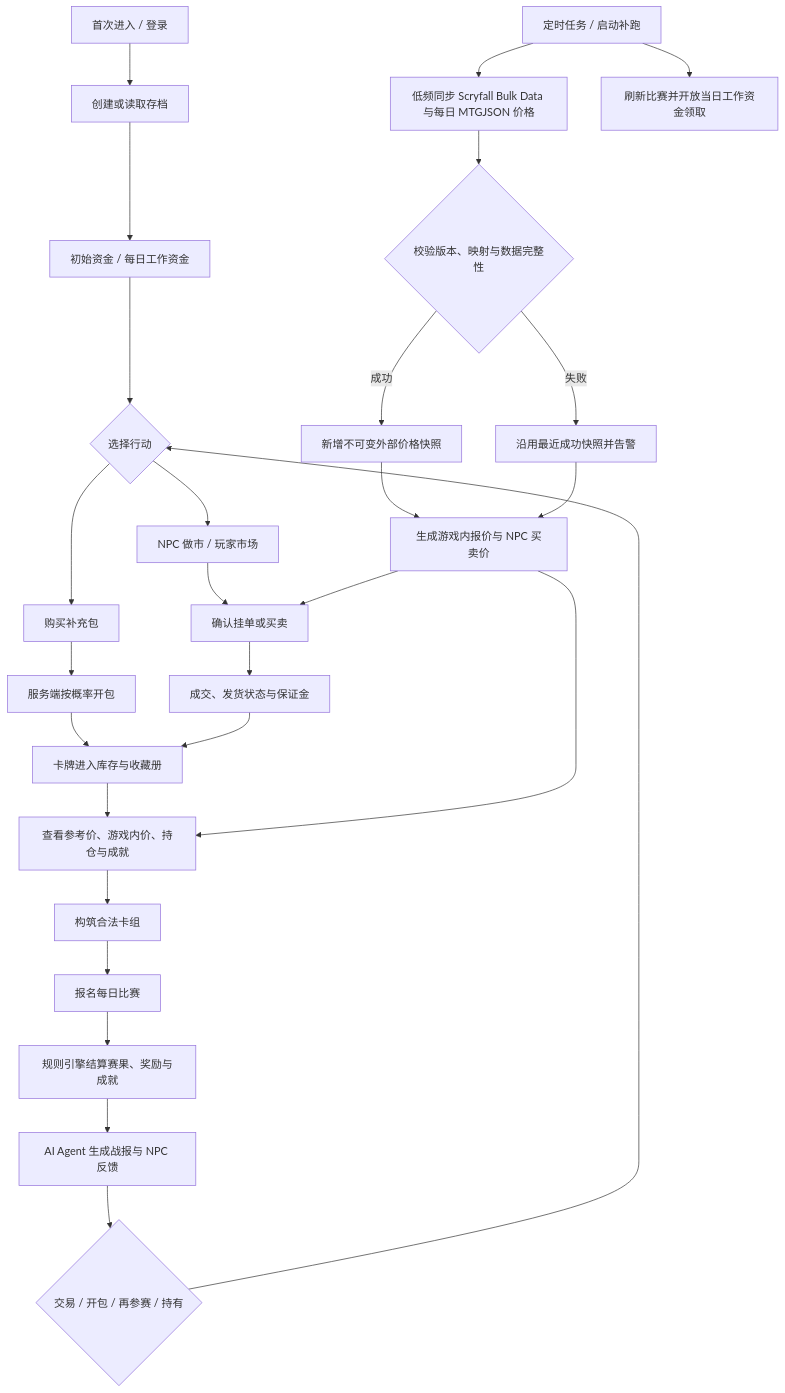
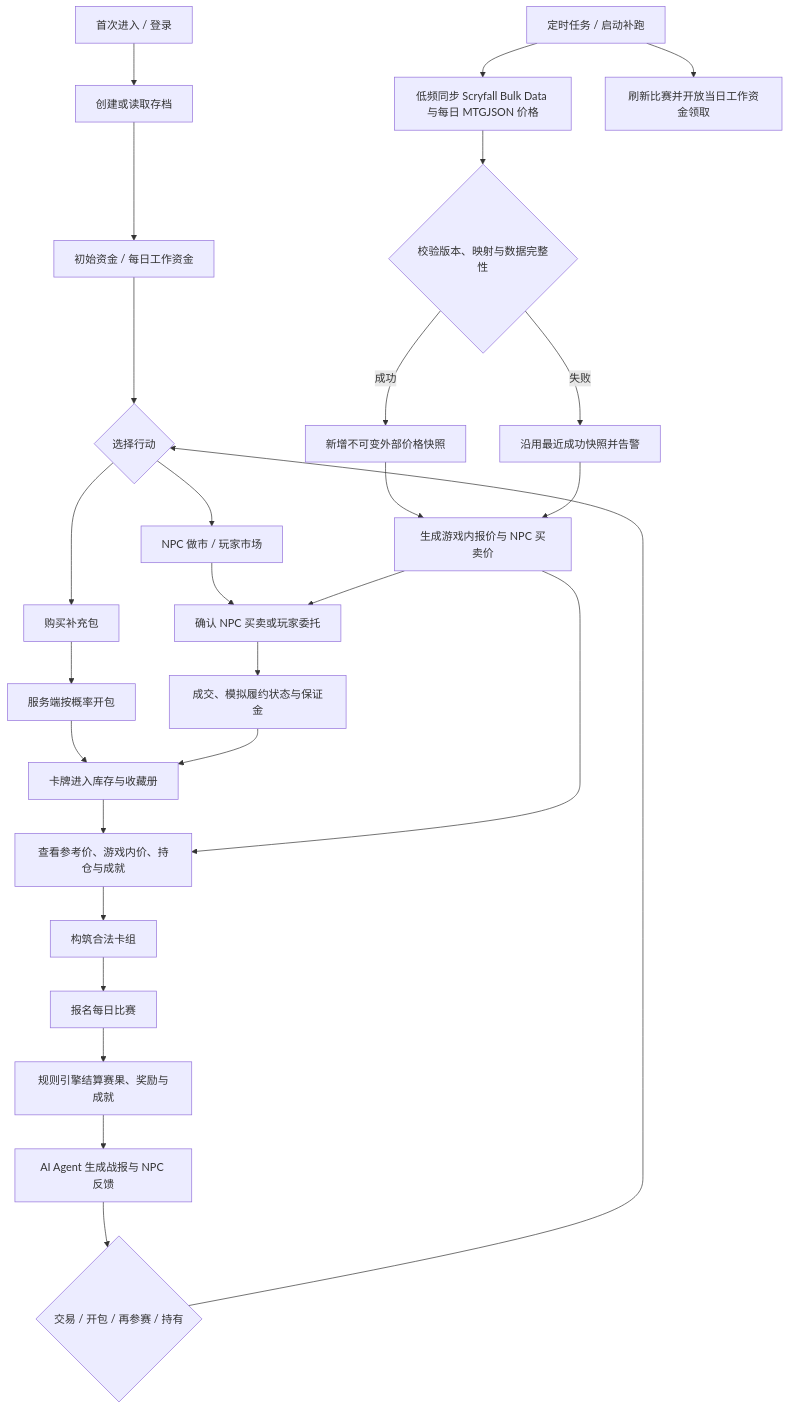
One commit to Xu-Morgen/mtgMarketSimulater changed the first of 4 diagrams in 模拟器主流程与核心验收.md. Above: the diagram before and after it, drawn with Mermaid. The commit also changed other lines of this file and 13 other files, not shown here.

````diff
--- a/模拟器主流程与核心验收.md
+++ b/模拟器主流程与核心验收.md
@@ -7,30 +7,30 @@
 ```mermaid
 flowchart TD
     A[首次进入 / 登录] --> B[创建或读取存档]
     B --> C[初始资金 / 每日工作资金]
     C --> D{选择行动}
     D --> E[购买补充包]
     D --> F[NPC 做市 / 玩家市场]
     E --> G[服务端按概率开包]
     G --> H[卡牌进入库存与收藏册]
-    F --> I[确认挂单或买卖]
-    I --> J[成交、发货状态与保证金]
+    F --> I[确认 NPC 买卖或玩家委托]
+    I --> J[成交、模拟履约状态与保证金]
     J --> H
     H --> K[查看参考价、游戏内价、持仓与成就]
     K --> L[构筑合法卡组]
     L --> M[报名每日比赛]
     M --> N[规则引擎结算赛果、奖励与成就]
     N --> O[AI Agent 生成战报与 NPC 反馈]
     O --> P{交易 / 开包 / 再参赛 / 持有}
     P --> D
 
     Q[定时任务 / 启动补跑] --> R[低频同步 Scryfall Bulk Data 与每日 MTGJSON 价格]
     R --> S{校验版本、映射与数据完整性}
     S -- 成功 --> T[新增不可变外部价格快照]
     S -- 失败 --> U[沿用最近成功快照并告警]
     T --> V[生成游戏内报价与 NPC 买卖价]
     U --> V
     V --> K
     V --> I
     Q --> W[刷新比赛并开放当日工作资金领取]
 ```
````
